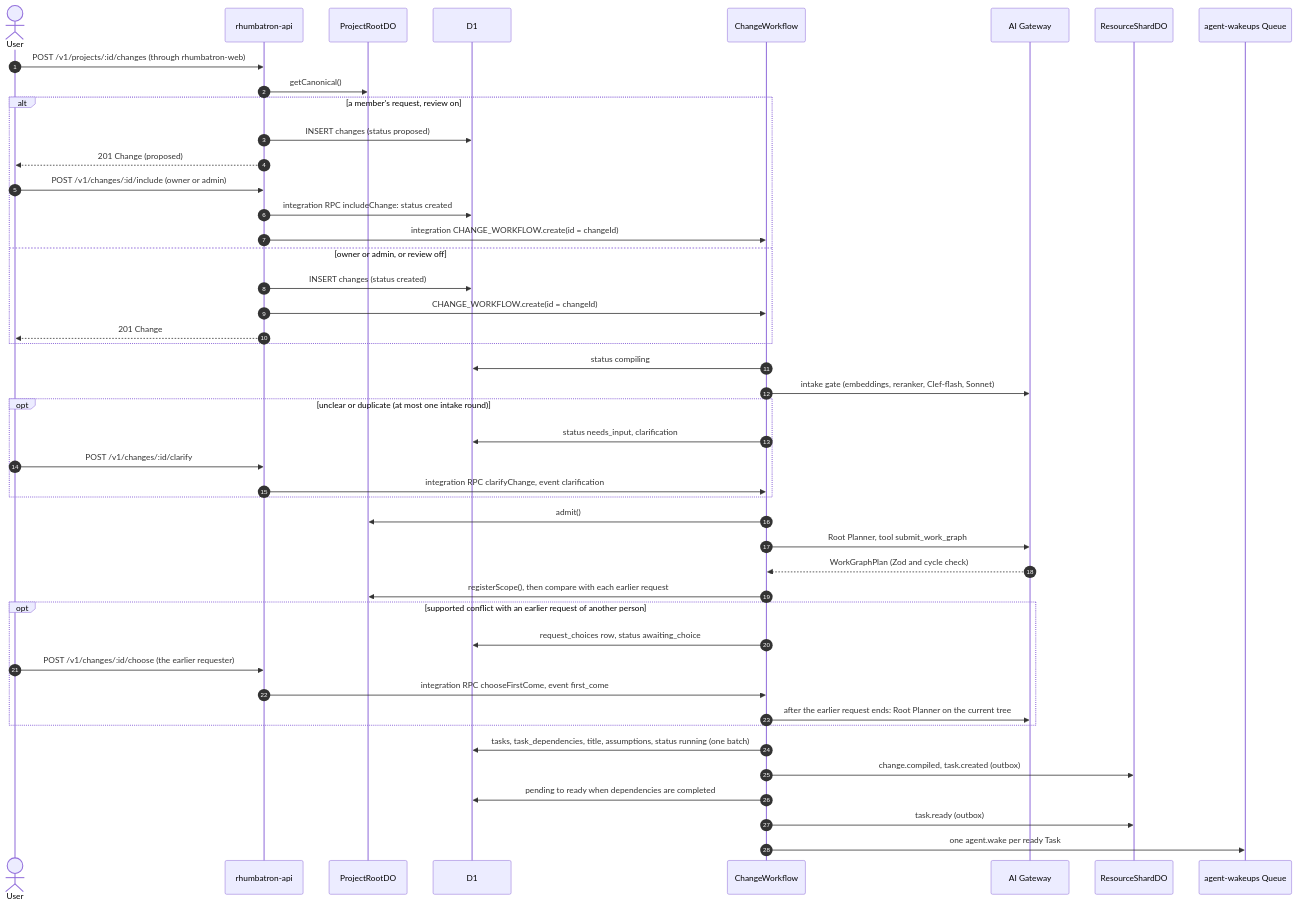
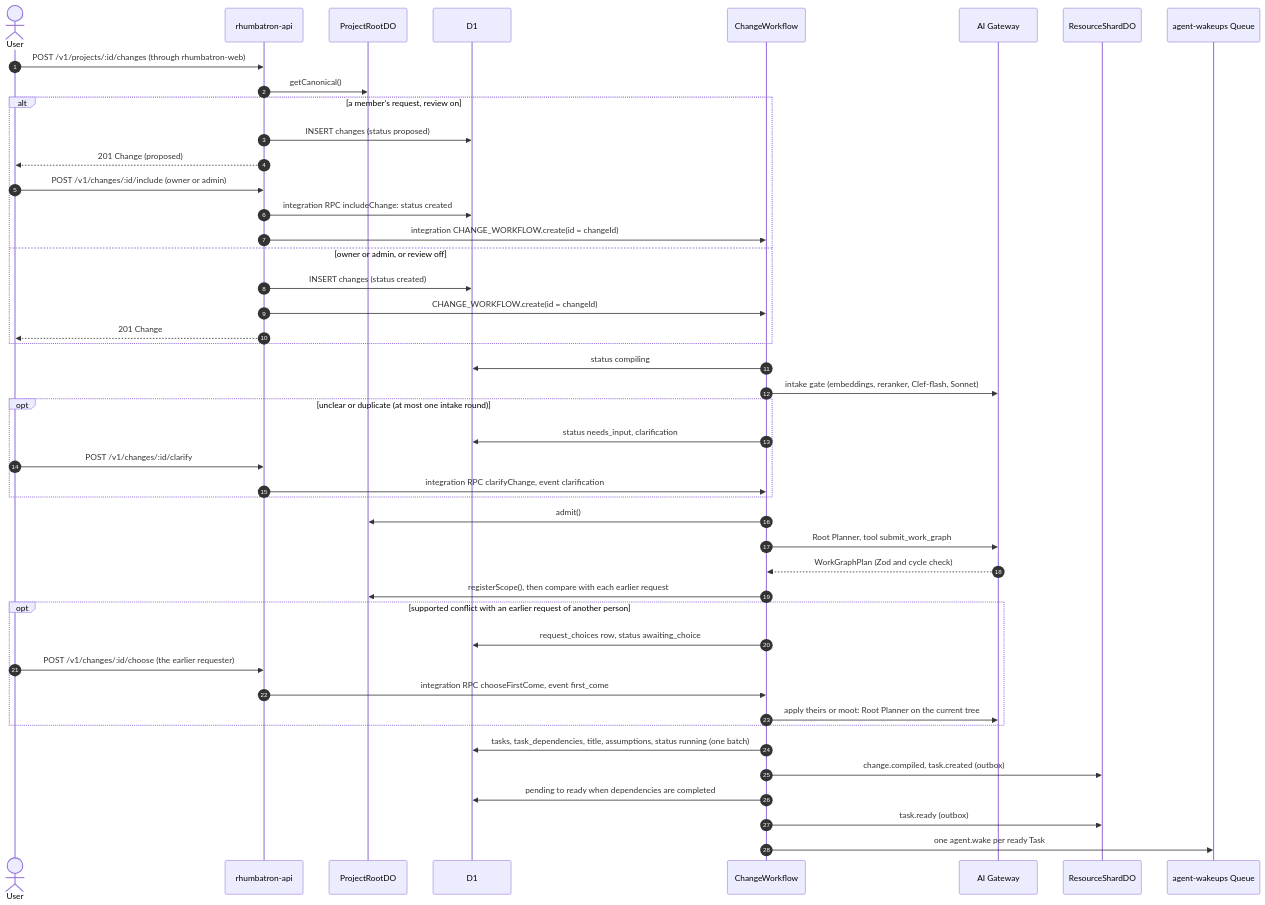
One commit to nsudhanva/rhumbatron changed the first of 7 diagrams in docs/architecture/change-lifecycle.md. Above: the diagram before and after it, drawn with Mermaid. The commit also changed other lines of this file and 29 other files, not shown here.

First line of the commit message:
chore(repo): remove dead code and align the docs with the new flows

````diff
--- a/docs/architecture/change-lifecycle.md
+++ b/docs/architecture/change-lifecycle.md
@@ -35,48 +35,48 @@
 ```mermaid
 sequenceDiagram
   autonumber
   actor User
   participant API as rhumbatron-api
   participant Root as ProjectRootDO
   participant D1 as D1
   participant CW as ChangeWorkflow
   participant GW as AI Gateway
   participant Shard as ResourceShardDO
   participant WQ as agent-wakeups Queue
 
   User->>API: POST /v1/projects/:id/changes (through rhumbatron-web)
   API->>Root: getCanonical()
   alt a member's request, review on
     API->>D1: INSERT changes (status proposed)
     API-->>User: 201 Change (proposed)
     User->>API: POST /v1/changes/:id/include (owner or admin)
     API->>D1: integration RPC includeChange: status created
     API->>CW: integration CHANGE_WORKFLOW.create(id = changeId)
   else owner or admin, or review off
     API->>D1: INSERT changes (status created)
     API->>CW: CHANGE_WORKFLOW.create(id = changeId)
     API-->>User: 201 Change
   end
   CW->>D1: status compiling
   CW->>GW: intake gate (embeddings, reranker, Clef-flash, Sonnet)
   opt unclear or duplicate (at most one intake round)
     CW->>D1: status needs_input, clarification
     User->>API: POST /v1/changes/:id/clarify
     API->>CW: integration RPC clarifyChange, event clarification
   end
   CW->>Root: admit()
   CW->>GW: Root Planner, tool submit_work_graph
   GW-->>CW: WorkGraphPlan (Zod and cycle check)
   CW->>Root: registerScope(), then compare with each earlier request
   opt supported conflict with an earlier request of another person
     CW->>D1: request_choices row, status awaiting_choice
     User->>API: POST /v1/changes/:id/choose (the earlier requester)
     API->>CW: integration RPC chooseFirstCome, event first_come
-    CW->>GW: after the earlier request ends: Root Planner on the current tree
+    CW->>GW: apply theirs or moot: Root Planner on the current tree
   end
   CW->>D1: tasks, task_dependencies, title, assumptions, status running (one batch)
   CW->>Shard: change.compiled, task.created (outbox)
   CW->>D1: pending to ready when dependencies are completed
   CW->>Shard: task.ready (outbox)
   CW->>WQ: one agent.wake per ready Task
 ```
````
